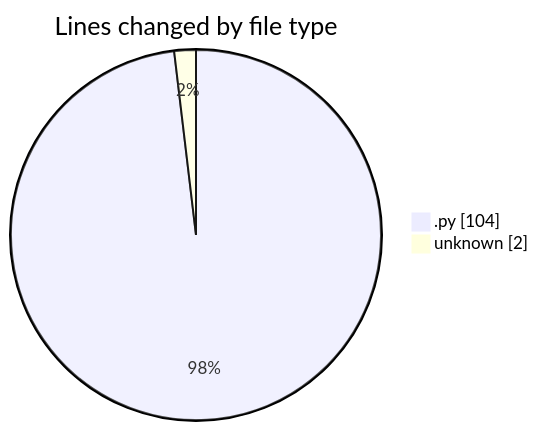
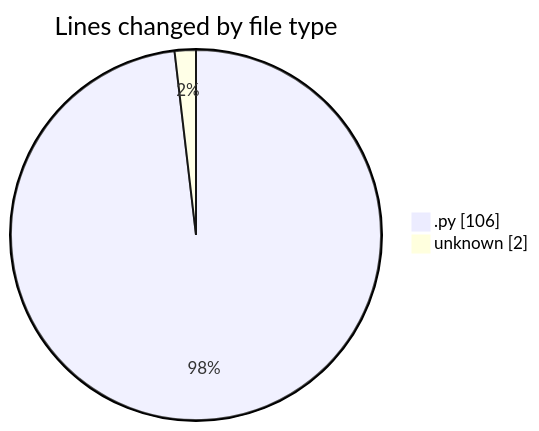
One commit to CELIANVF/code-tracking changed the first of 2 diagrams in 2025-01-21/monteur_automatique/README.md. Above: the diagram before and after it, drawn with Mermaid. The commit also changed other lines of this file and 1 other file, not shown here.

````diff
--- a/2025-01-21/monteur_automatique/README.md
+++ b/2025-01-21/monteur_automatique/README.md
@@ -23,6 +23,6 @@
 ```mermaid
 pie showData
 title Lines changed by file type
-".py" : 104
+".py" : 106
 "unknown" : 2
 ```
````
